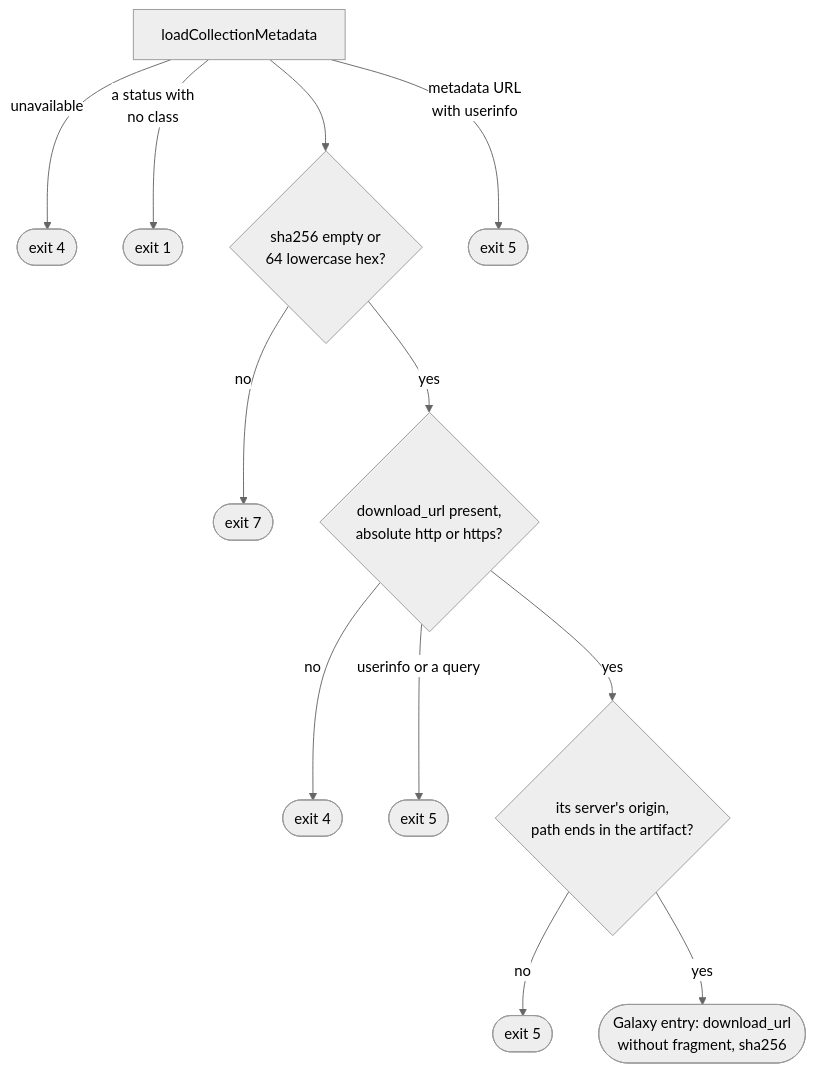
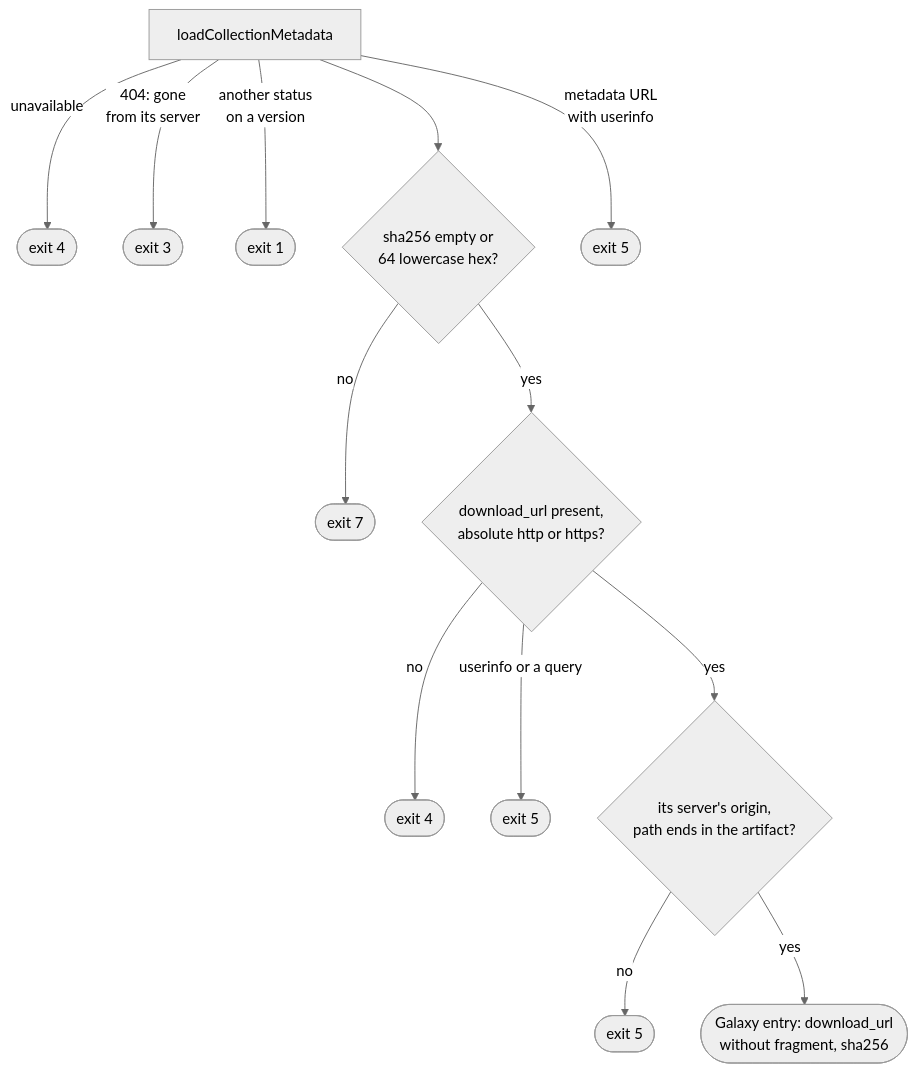
Before and after one commit to greeddj/go-galaxy: the third of 4 diagrams in docs/internals/flow-lock.md, drawn with Mermaid (neutral theme). The commit also changed other lines of this file and 3 other files, not shown here.

First line of the commit message:
fix(galaxy/collections)!: exit 3 when lock finds a resolved version gone

````diff
--- a/docs/internals/flow-lock.md
+++ b/docs/internals/flow-lock.md
@@ -54,14 +54,15 @@
 ```mermaid
 flowchart TD
   B7["loadCollectionMetadata"] -->|"unavailable"| X4(["exit 4"])
-  B7 -->|"a status with<br/>no class"| X1(["exit 1"])
+  B7 -->|"404: gone<br/>from its server"| X3(["exit 3"])
+  B7 -->|"another status<br/>on a version"| X1(["exit 1"])
   B7 --> B8{"sha256 empty or<br/>64 lowercase hex?"}
   B7 -->|"metadata URL<br/>with userinfo"| X5(["exit 5"])
   B8 -->|"no"| X7(["exit 7"])
   B8 -->|"yes"| B9{"download_url present,<br/>absolute http or https?"}
   B9 -->|"no"| X4B(["exit 4"])
   B9 -->|"userinfo or a query"| X5B(["exit 5"])
   B9 -->|"yes"| B10{"its server's origin,<br/>path ends in the artifact?"}
   B10 -->|"no"| X5C(["exit 5"])
   B10 -->|"yes"| B13(["Galaxy entry: download_url<br/>without fragment, sha256"])
 ```
````
